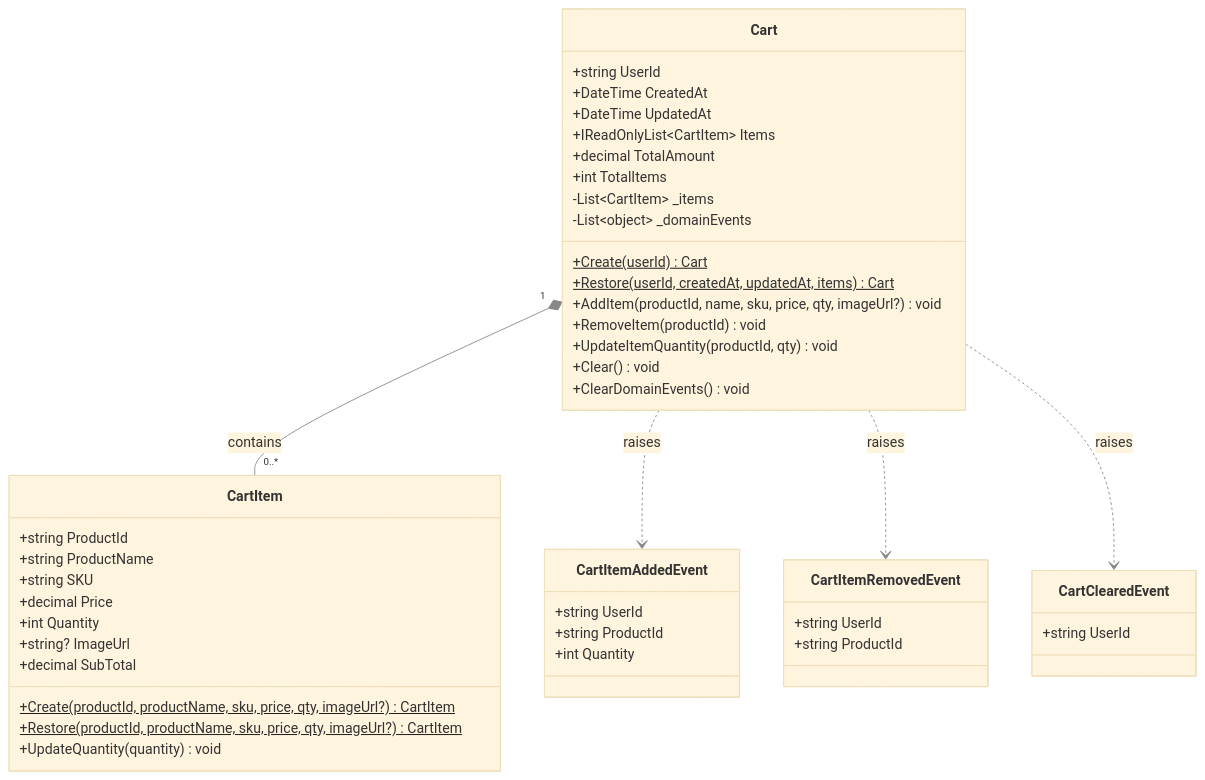
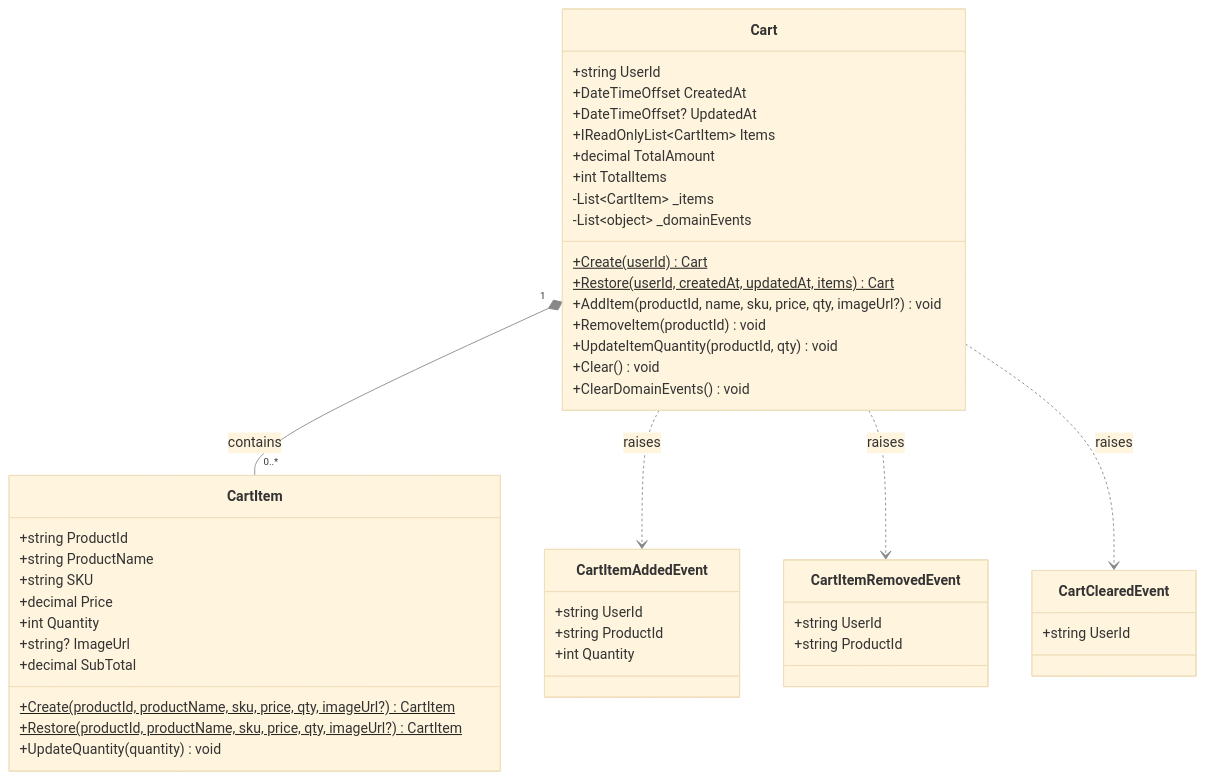
Before and after one commit to seesathish/AntKart-Src3: the third of 8 diagrams in AK.ShoppingCart/SHOPPING_CART_TECHNICAL_DESIGN.md, drawn with Mermaid. The commit also changed other lines of this file and 4 other files, not shown here.

````diff
--- a/AK.ShoppingCart/SHOPPING_CART_TECHNICAL_DESIGN.md
+++ b/AK.ShoppingCart/SHOPPING_CART_TECHNICAL_DESIGN.md
@@ -265,54 +265,54 @@
 ```mermaid
 %%{init: {'theme': 'base', 'themeVariables': {'lineColor': '#888888', 'edgeLabelBackground': '#00000000'}}}%%
 classDiagram
     class Cart {
         +string UserId
-        +DateTime CreatedAt
-        +DateTime UpdatedAt
+        +DateTimeOffset CreatedAt
+        +DateTimeOffset? UpdatedAt
         +IReadOnlyList~CartItem~ Items
         +decimal TotalAmount
         +int TotalItems
         -List~CartItem~ _items
         -List~object~ _domainEvents
         +Create(userId) Cart$
         +Restore(userId, createdAt, updatedAt, items) Cart$
         +AddItem(productId, name, sku, price, qty, imageUrl?) void
         +RemoveItem(productId) void
         +UpdateItemQuantity(productId, qty) void
         +Clear() void
         +ClearDomainEvents() void
     }
 
     class CartItem {
         +string ProductId
         +string ProductName
         +string SKU
         +decimal Price
         +int Quantity
         +string? ImageUrl
         +decimal SubTotal
         +Create(productId, productName, sku, price, qty, imageUrl?) CartItem$
         +Restore(productId, productName, sku, price, qty, imageUrl?) CartItem$
         +UpdateQuantity(quantity) void
     }
 
     class CartItemAddedEvent {
         +string UserId
         +string ProductId
         +int Quantity
     }
 
     class CartItemRemovedEvent {
         +string UserId
         +string ProductId
     }
 
     class CartClearedEvent {
         +string UserId
     }
 
     Cart "1" *-- "0..*" CartItem : contains
     Cart ..> CartItemAddedEvent : raises
     Cart ..> CartItemRemovedEvent : raises
     Cart ..> CartClearedEvent : raises
 ```
````
